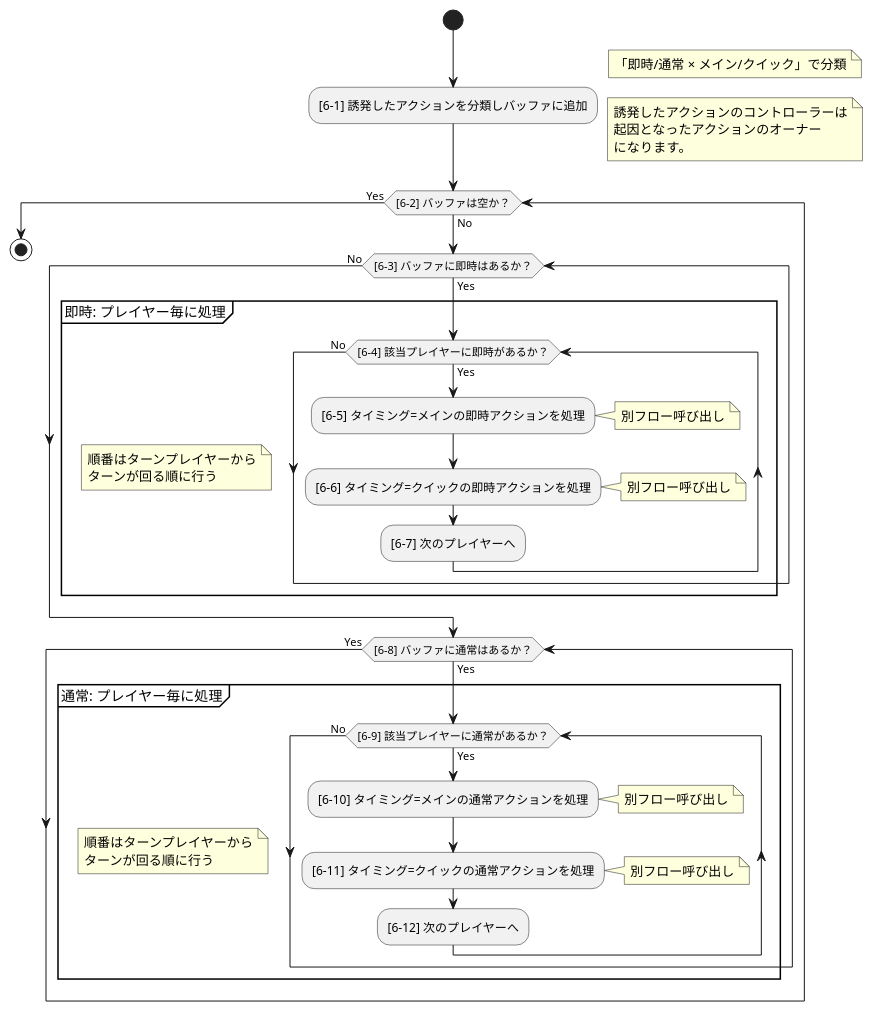
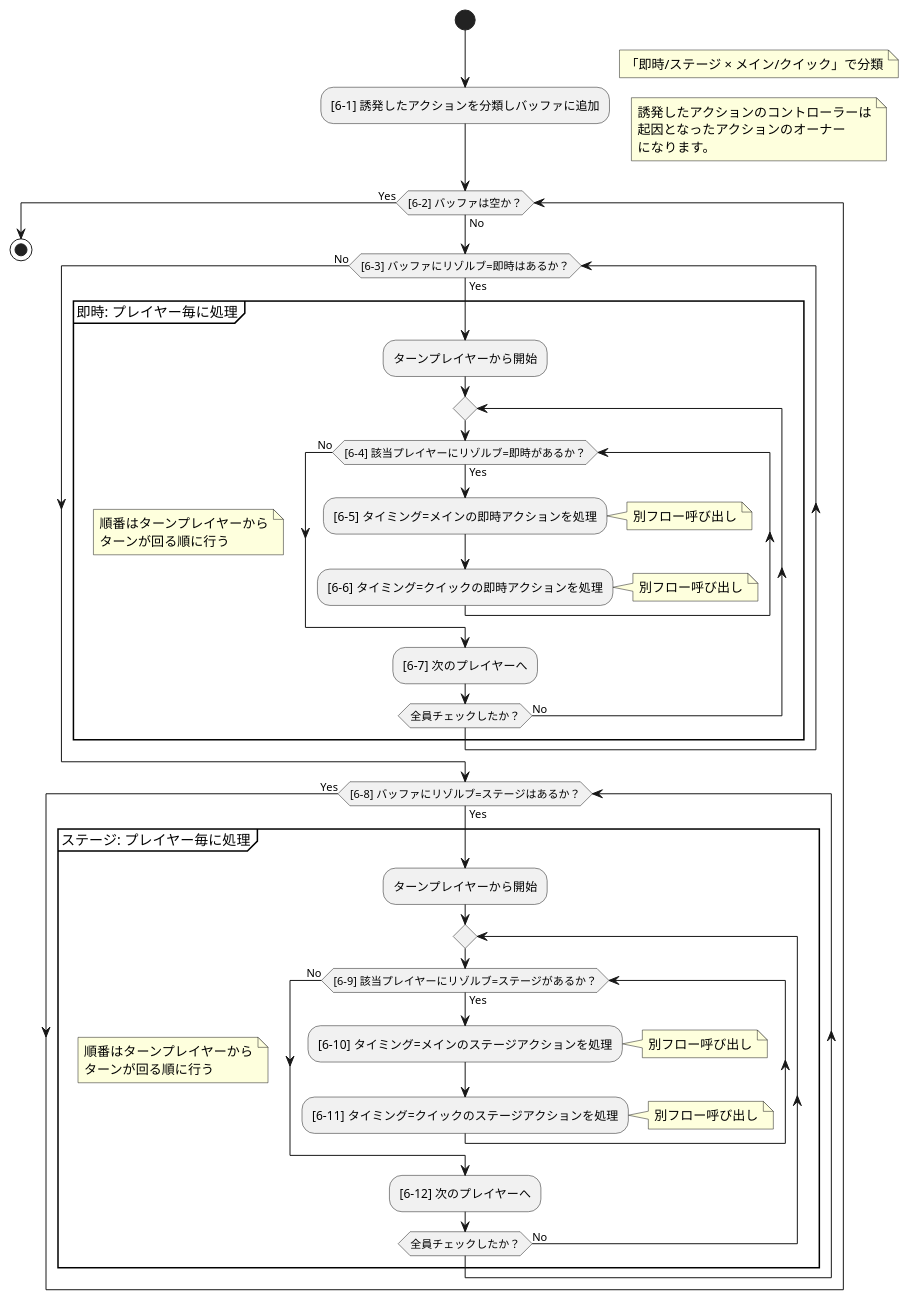
Before and after one commit to BlackPoker/BlackPoker: the diagram in source/core/triggerflow.puml, drawn with PlantUML. The commit also changed 13 other files, not shown here.

```diff
--- a/source/core/triggerflow.puml
+++ b/source/core/triggerflow.puml
@@ -1,72 +1,80 @@
 @startuml
 '==============================
 '【Main method】（アクション分類・プレイヤー毎処理）
 '==============================
 |Main method|
 start
 :[6-1] 誘発したアクションを分類しバッファに追加;
 note right
-    「即時/通常 × メイン/クイック」で分類
+    「即時/ステージ × メイン/クイック」で分類
 end note
 note right
     誘発したアクションのコントローラーは
     起因となったアクションのオーナー
     になります。
 end note
 
 while ([6-2] バッファは空か？) is (No) 
   ' 外部ループ：バッファに何らかのアクションが残っている限り処理する
 
   '-------------------------------------------
   '【即時：プレイヤー毎に処理】
   '-------------------------------------------
-  while ([6-3] バッファに即時はあるか？) is (Yes)
+  while ([6-3] バッファにリゾルブ=即時はあるか？) is (Yes)
 
     group 即時: プレイヤー毎に処理
     note
         順番はターンプレイヤーから
         ターンが回る順に行う
     end note
 
-      while ([6-4] 該当プレイヤーに即時があるか？) is (Yes)
-        :[6-5] タイミング=メインの即時アクションを処理;
-        note right
-          別フロー呼び出し
-        end note
-        :[6-6] タイミング=クイックの即時アクションを処理;
-        note right
-          別フロー呼び出し
-        end note
+      :ターンプレイヤーから開始;
+
+      repeat
+        while ([6-4] 該当プレイヤーにリゾルブ=即時があるか？) is (Yes)
+          :[6-5] タイミング=メインの即時アクションを処理;
+          note right
+            別フロー呼び出し
+          end note
+          :[6-6] タイミング=クイックの即時アクションを処理;
+          note right
+            別フロー呼び出し
+          end note
+        endwhile (No)
         :[6-7] 次のプレイヤーへ;
-      endwhile (No)
+      repeat while (全員チェックしたか？) is (No)
     end group
   endwhile (No)
 
   '-------------------------------------------
-  '【通常：プレイヤー毎に処理】
+  '【ステージ：プレイヤー毎に処理】
   '-------------------------------------------
-  while ([6-8] バッファに通常はあるか？) is (Yes)
+  while ([6-8] バッファにリゾルブ=ステージはあるか？) is (Yes)
 
-    group 通常: プレイヤー毎に処理
+    group ステージ: プレイヤー毎に処理
     note
         順番はターンプレイヤーから
         ターンが回る順に行う
     end note
 
-      while ([6-9] 該当プレイヤーに通常があるか？) is (Yes)
-        :[6-10] タイミング=メインの通常アクションを処理;
-        note right
-          別フロー呼び出し
-        end note
-        :[6-11] タイミング=クイックの通常アクションを処理;
-        note right
-          別フロー呼び出し
-        end note
+      :ターンプレイヤーから開始;
+
+      repeat
+        while ([6-9] 該当プレイヤーにリゾルブ=ステージがあるか？) is (Yes)
+          :[6-10] タイミング=メインのステージアクションを処理;
+          note right
+            別フロー呼び出し
+          end note
+          :[6-11] タイミング=クイックのステージアクションを処理;
+          note right
+            別フロー呼び出し
+          end note
+        endwhile (No)
         :[6-12] 次のプレイヤーへ;
-      endwhile (No)
+      repeat while (全員チェックしたか？) is (No)
     end group
   endwhile (Yes)
 
 endwhile (Yes)
 stop
 @enduml
```
